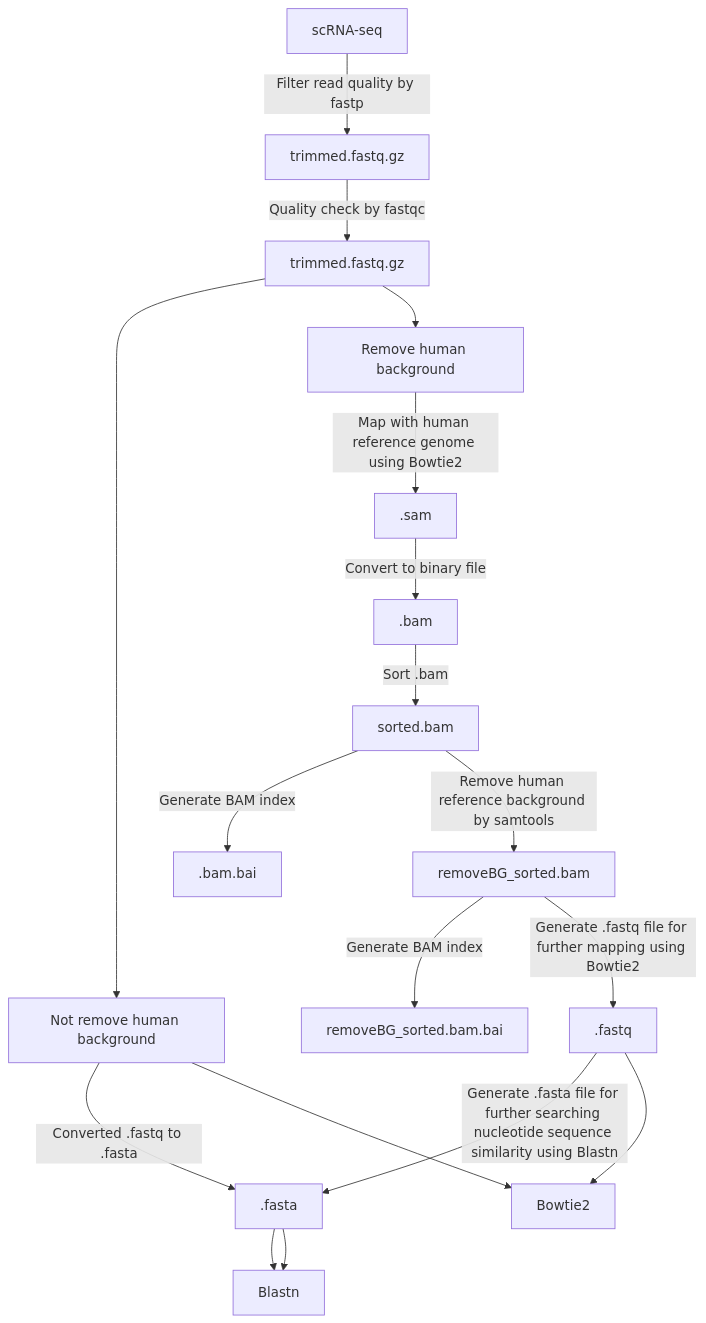
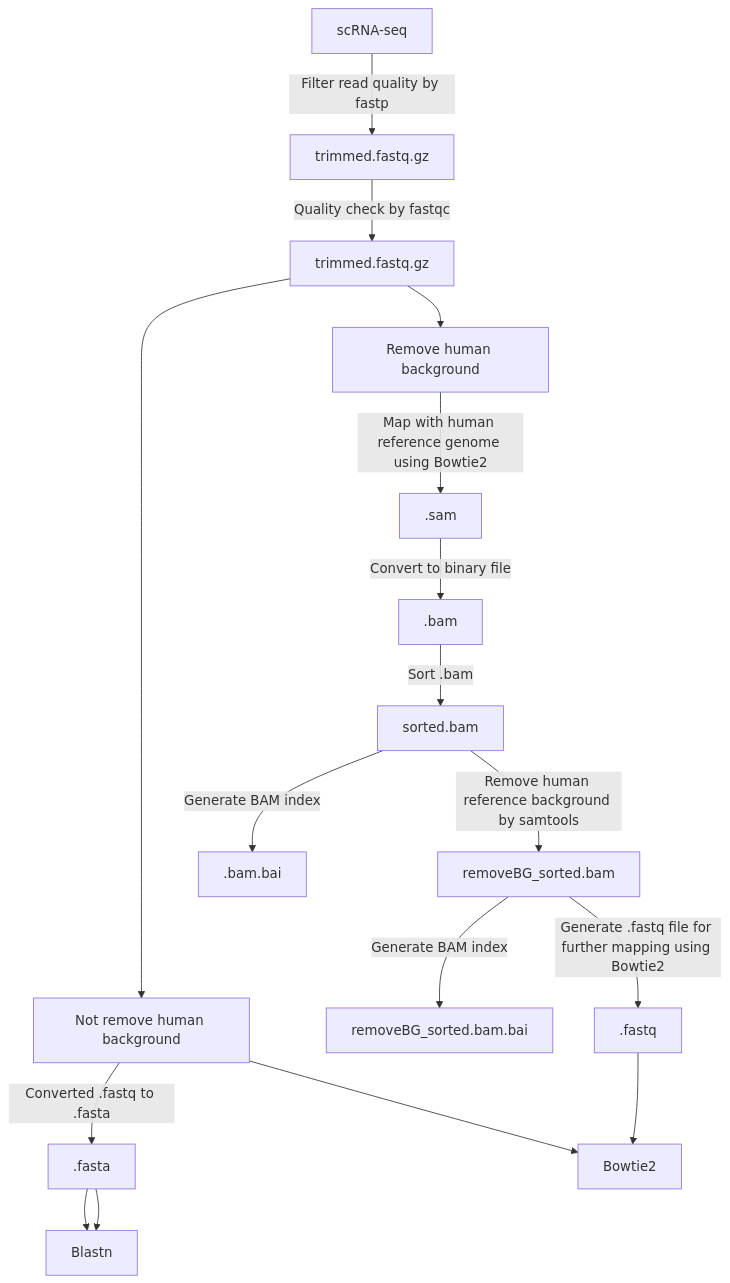
Before and after one commit to julaneelee/Human-viruses-detection-in-scRNA-seq: the diagram in README.md, drawn with Mermaid.

````diff
--- a/README.md
+++ b/README.md
@@ -15,22 +15,21 @@
 ```mermaid
 graph TD;
     A[scRNA-seq]-->|Filter read quality by fastp| B[trimmed.fastq.gz];
     B-->|Quality check by fastqc| C[trimmed.fastq.gz];
     C--> N[Not remove human background];
     C--> O[Remove human background];
     N--> |Converted .fastq to .fasta| K[.fasta];
     K--> M[BLASTn];
     N--> L[Bowtie2];
     O-->|Map with human reference genome using Bowtie2| D[.sam];
     D-->|Convert to binary file| E[.bam];
     E-->|Sort .bam| F[sorted.bam];
     F-->|Generate BAM index| G[.bam.bai];
     F-->|Remove human reference background by samtools| H[removeBG_sorted.bam] ;
     H-->|Generate BAM index| I[removeBG_sorted.bam.bai];
     H-->|Generate .fastq file for further mapping using Bowtie2| J[.fastq];
-    J-->|Generate .fasta file for further searching nucleotide sequence similarity using Blastn| K[.fasta];
     J-->L[Bowtie2];
     K-->M[Blastn];
   
     
 ```
````
